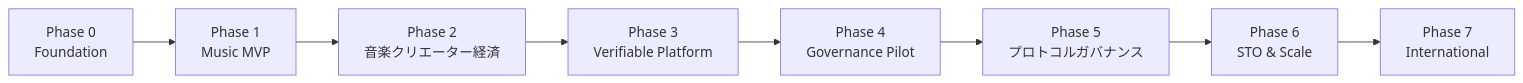
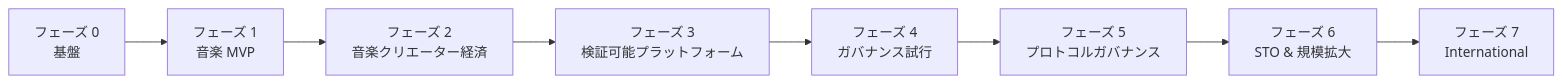
Before and after one commit to ShigeichiroYamasaki/creator-first-platform: the first of 47 diagrams in docs/whitepaper/13-roadmap.md, drawn with Mermaid. The commit also changed other lines of this file and 72 other files, not shown here.

````diff
--- a/docs/whitepaper/13-roadmap.md
+++ b/docs/whitepaper/13-roadmap.md
@@ -22,13 +22,13 @@
 ```mermaid
 flowchart LR
-    P0[Phase 0<br/>Foundation]
-    P1[Phase 1<br/>Music MVP]
-    P2[Phase 2<br/>音楽クリエーター経済]
-    P3[Phase 3<br/>Verifiable Platform]
-    P4[Phase 4<br/>Governance Pilot]
-    P5[Phase 5<br/>プロトコルガバナンス]
-    P6[Phase 6<br/>STO & Scale]
-    P7[Phase 7<br/>International]
+    P0[フェーズ 0<br/>基盤]
+    P1[フェーズ 1<br/>音楽 MVP]
+    P2[フェーズ 2<br/>音楽クリエーター経済]
+    P3[フェーズ 3<br/>検証可能プラットフォーム]
+    P4[フェーズ 4<br/>ガバナンス試行]
+    P5[フェーズ 5<br/>プロトコルガバナンス]
+    P6[フェーズ 6<br/>STO & 規模拡大]
+    P7[フェーズ 7<br/>International]
 
     P0 --> P1 --> P2 --> P3 --> P4 --> P5 --> P6 --> P7
 ```
````
